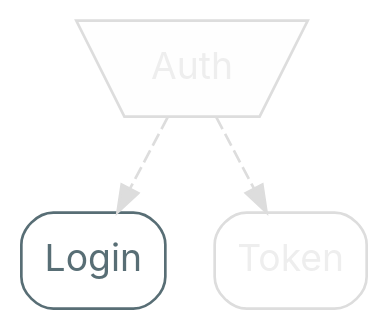
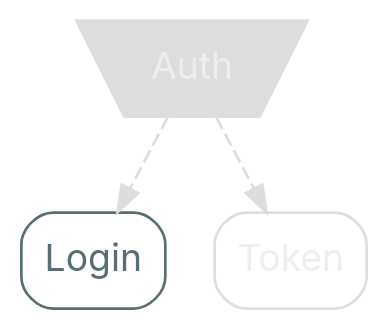
One commit to nrinaudo/optics-from-the-ground-up changed the diagram in src/graphviz/auth-3.dot. Above: the diagram before and after it, drawn with Graphviz. The commit also changed 21 other files, not shown here.

Commit message:
Fix colours in graphs

```diff
--- a/src/graphviz/auth-3.dot
+++ b/src/graphviz/auth-3.dot
@@ -1,18 +1,18 @@
 digraph {
     bgcolor=transparent
 
     // Default theme
     node[shape="rectangle" style="rounded,filled" color="#586E75" fillcolor="#ffffff" fontcolor="#586E75" fontname="Inter,Arial"]
     edge[color="#586E75" fontcolor="#586E75" fontname="Inter,Arial" fontsize=11]
 
     // sum types
-    auth[shape=invtrapezium, style=filled fillcolor="#FEFEFE"]
+    auth[shape=invtrapezium, style=filled fillcolor="#dddddd" color="#dddddd" fontcolor="#eeeeee"]
 
     auth[label=Auth color="#dddddd" fontcolor="#eeeeee"]
 
     login[label=Login]
     token[label=Token color="#dddddd" fontcolor="#eeeeee"]
 
     auth -> token[style=dashed color="#dddddd" fontcolor="#dddddd"]
     auth -> login[style=dashed color="#dddddd" fontcolor="#dddddd"]
 }
```
